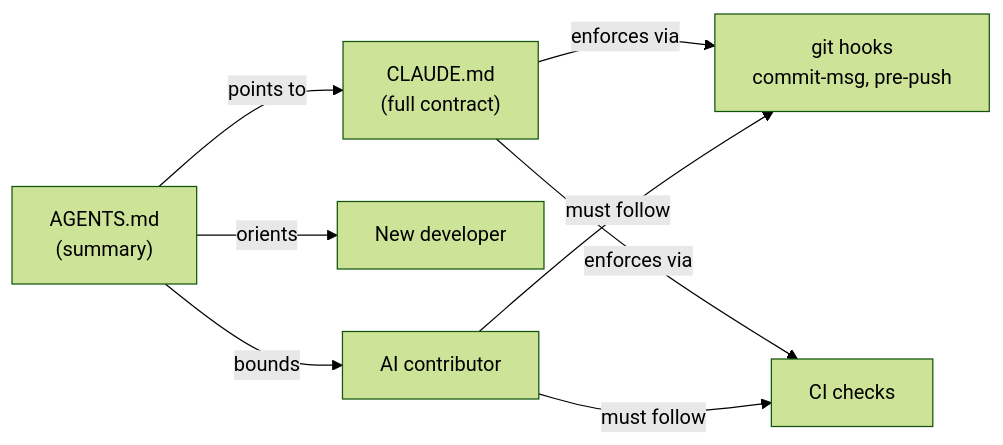
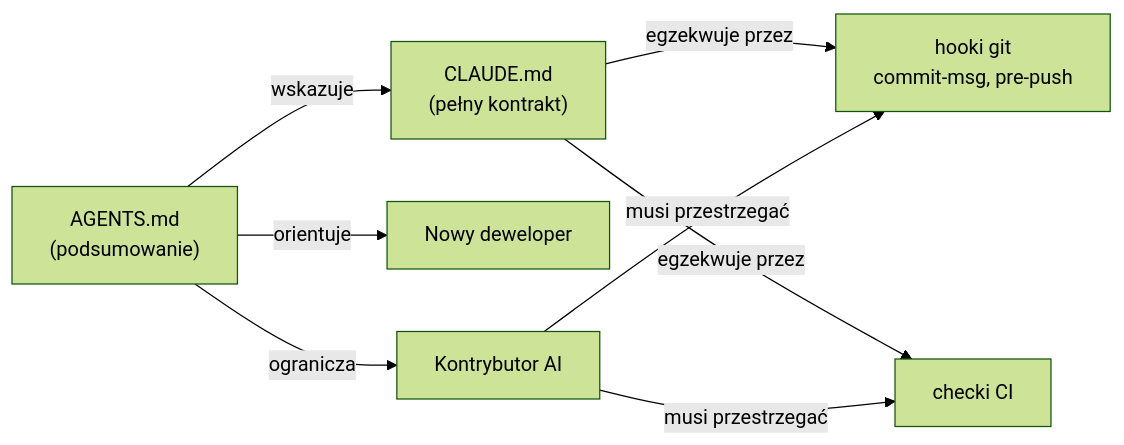
The diagram in root-agents-md.md (leszek3737/librefang-WIki), drawn with Mermaid (forest theme) before and after one commit. The commit also changed other lines of this file and 104 other files, not shown here.

````diff
--- a/root-agents-md.md
+++ b/root-agents-md.md
@@ -28,10 +28,10 @@
 ```mermaid
 flowchart LR
-  AGENTS["AGENTS.md<br/>(summary)"] -->|points to| CLAUDE["CLAUDE.md<br/>(full contract)"]
-  AGENTS -->|orients| Dev["New developer"]
-  AGENTS -->|bounds| Bot["AI contributor"]
-  CLAUDE -->|enforces via| Hooks["git hooks<br/>commit-msg, pre-push"]
-  CLAUDE -->|enforces via| CI["CI checks"]
-  Bot -->|must follow| Hooks
-  Bot -->|must follow| CI
+  AGENTS["AGENTS.md<br/>(podsumowanie)"] -->|wskazuje| CLAUDE["CLAUDE.md<br/>(pełny kontrakt)"]
+  AGENTS -->|orientuje| Dev["Nowy deweloper"]
+  AGENTS -->|ogranicza| Bot["Kontrybutor AI"]
+  CLAUDE -->|egzekwuje przez| Hooks["hooki git<br/>commit-msg, pre-push"]
+  CLAUDE -->|egzekwuje przez| CI["checki CI"]
+  Bot -->|musi przestrzegać| Hooks
+  Bot -->|musi przestrzegać| CI
 ```
````
